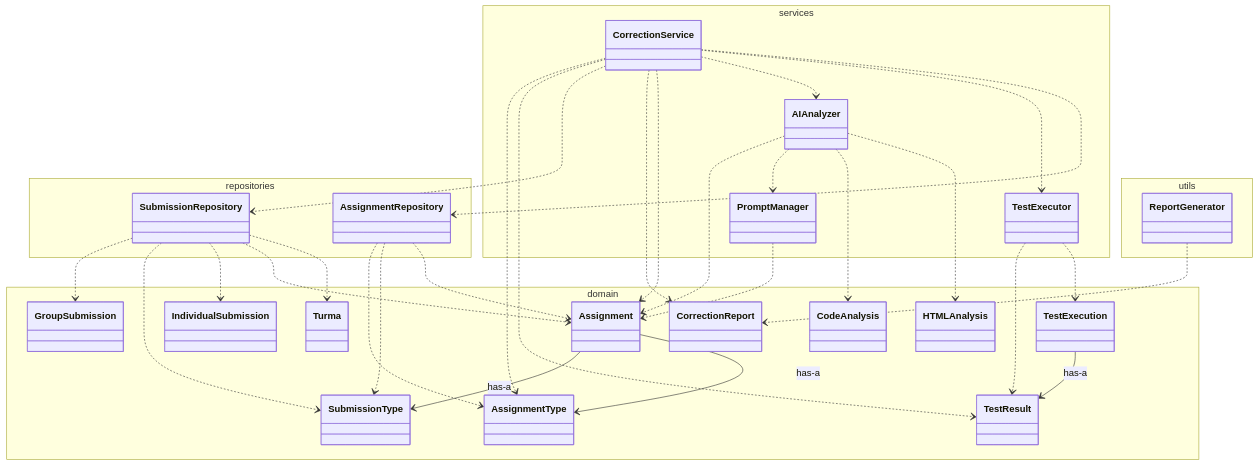
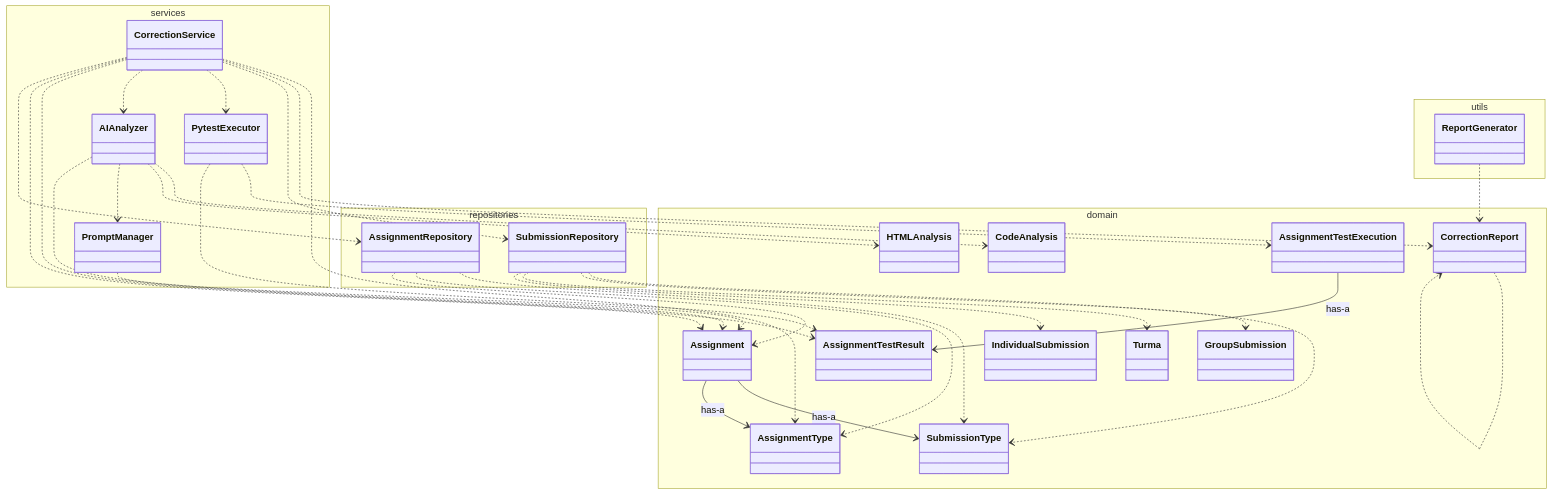
Before and after one commit to jeffsantos/corrige-assignments: the diagram in diagrama_uml.md, drawn with Mermaid. The commit also changed other lines of this file and 4 other files, not shown here.

Commit message:
refactor: renomeia TestResult e TestExecution para AssignmentTestResult e AssignmentTestExecution, removendo warnings do pytest. Remove arquivo temporário 'q'.

````diff
--- a/diagrama_uml.md
+++ b/diagrama_uml.md
@@ -19,56 +19,56 @@
 ```mermaid
 classDiagram
     namespace domain {
         class Assignment
+        class AssignmentTestExecution
+        class AssignmentTestResult
         class AssignmentType
         class CodeAnalysis
         class CorrectionReport
         class GroupSubmission
         class HTMLAnalysis
         class IndividualSubmission
         class SubmissionType
-        class TestExecution
-        class TestResult
         class Turma
     }
     namespace repositories {
         class AssignmentRepository
         class SubmissionRepository
     }
     namespace services {
         class AIAnalyzer
         class CorrectionService
         class PromptManager
-        class TestExecutor
+        class PytestExecutor
     }
     namespace utils {
         class ReportGenerator
     }
-    TestExecution --> TestResult : has-a
+    AssignmentTestExecution --> AssignmentTestResult : has-a
+    Assignment --> SubmissionType : has-a
     Assignment --> AssignmentType : has-a
-    Assignment --> SubmissionType : has-a
-    AssignmentRepository ..> Assignment
+    CorrectionReport ..> CorrectionReport
     AssignmentRepository ..> SubmissionType
     AssignmentRepository ..> AssignmentType
-    SubmissionRepository ..> Turma
-    SubmissionRepository ..> Assignment
-    SubmissionRepository ..> IndividualSubmission
+    AssignmentRepository ..> Assignment
     SubmissionRepository ..> SubmissionType
     SubmissionRepository ..> GroupSubmission
+    SubmissionRepository ..> Turma
+    SubmissionRepository ..> IndividualSubmission
+    AIAnalyzer ..> CodeAnalysis
     AIAnalyzer ..> HTMLAnalysis
-    AIAnalyzer ..> CodeAnalysis
     AIAnalyzer ..> PromptManager
     AIAnalyzer ..> Assignment
-    CorrectionService ..> AssignmentRepository
-    CorrectionService ..> TestExecutor
-    CorrectionService ..> AIAnalyzer
-    CorrectionService ..> Assignment
+    CorrectionService ..> AssignmentType
     CorrectionService ..> CorrectionReport
     CorrectionService ..> SubmissionRepository
-    CorrectionService ..> TestResult
-    CorrectionService ..> AssignmentType
+    CorrectionService ..> PytestExecutor
+    CorrectionService ..> AIAnalyzer
+    CorrectionService ..> AssignmentTestResult
+    CorrectionService ..> Assignment
+    CorrectionService ..> AssignmentRepository
     PromptManager ..> Assignment
-    TestExecutor ..> TestExecution
-    TestExecutor ..> TestResult
+    PytestExecutor ..> AssignmentTestExecution
+    PytestExecutor ..> AssignmentTestResult
     ReportGenerator ..> CorrectionReport
 ```
````
